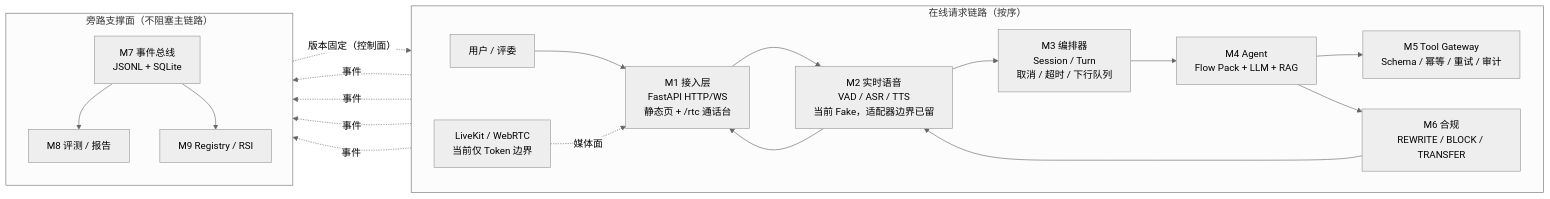
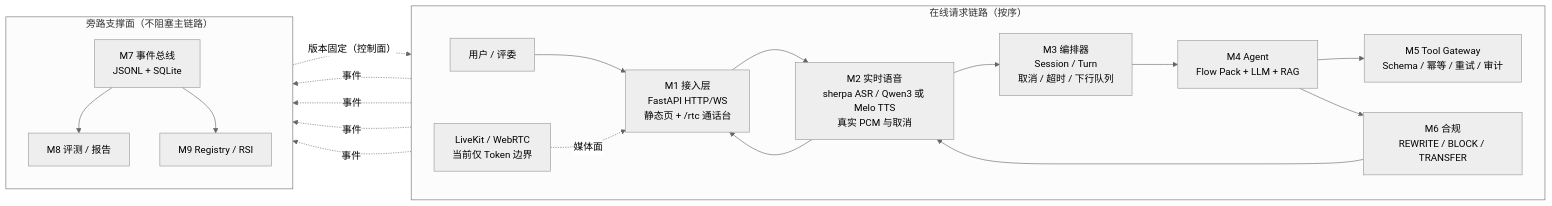
Before and after one commit to SLR979111/AI-call: the first of 3 diagrams in README.md, drawn with Mermaid (neutral theme). The commit also changed other lines of this file and 33 other files, not shown here.

First line of the commit message:
feat(voice): 接入 Qwen3 GPU 与 Melo CPU 双 TTS

````diff
--- a/README.md
+++ b/README.md
@@ -20,30 +20,30 @@
 ```mermaid
 flowchart LR
   subgraph ONLINE["在线请求链路（按序）"]
     direction LR
     U["用户 / 评委"] --> M1["M1 接入层<br/>FastAPI HTTP/WS<br/>静态页 + /rtc 通话台"]
-    M1 --> M2["M2 实时语音<br/>VAD / ASR / TTS<br/>当前 Fake，适配器边界已留"]
+    M1 --> M2["M2 实时语音<br/>sherpa ASR / Qwen3 或 Melo TTS<br/>真实 PCM 与取消"]
     M2 --> M3["M3 编排器<br/>Session / Turn<br/>取消 / 超时 / 下行队列"]
     M3 --> M4["M4 Agent<br/>Flow Pack + LLM + RAG"]
     M4 --> M5["M5 Tool Gateway<br/>Schema / 幂等 / 重试 / 审计"]
     M4 --> M6["M6 合规<br/>REWRITE / BLOCK / TRANSFER"]
     M6 --> M2
     M2 --> M1
     M10["LiveKit / WebRTC<br/>当前仅 Token 边界"] -. 媒体面 .-> M1
   end
 
   subgraph SUPPORT["旁路支撑面（不阻塞主链路）"]
     direction TB
     M7["M7 事件总线<br/>JSONL + SQLite"]
     M8["M8 评测 / 报告"]
     M9["M9 Registry / RSI"]
     M7 --> M8
     M7 --> M9
   end
 
   M3 -. 事件 .-> M7
   M4 -. 事件 .-> M7
   M5 -. 事件 .-> M7
   M6 -. 事件 .-> M7
   M9 -. "版本固定（控制面）" .-> M4
 ```
````
